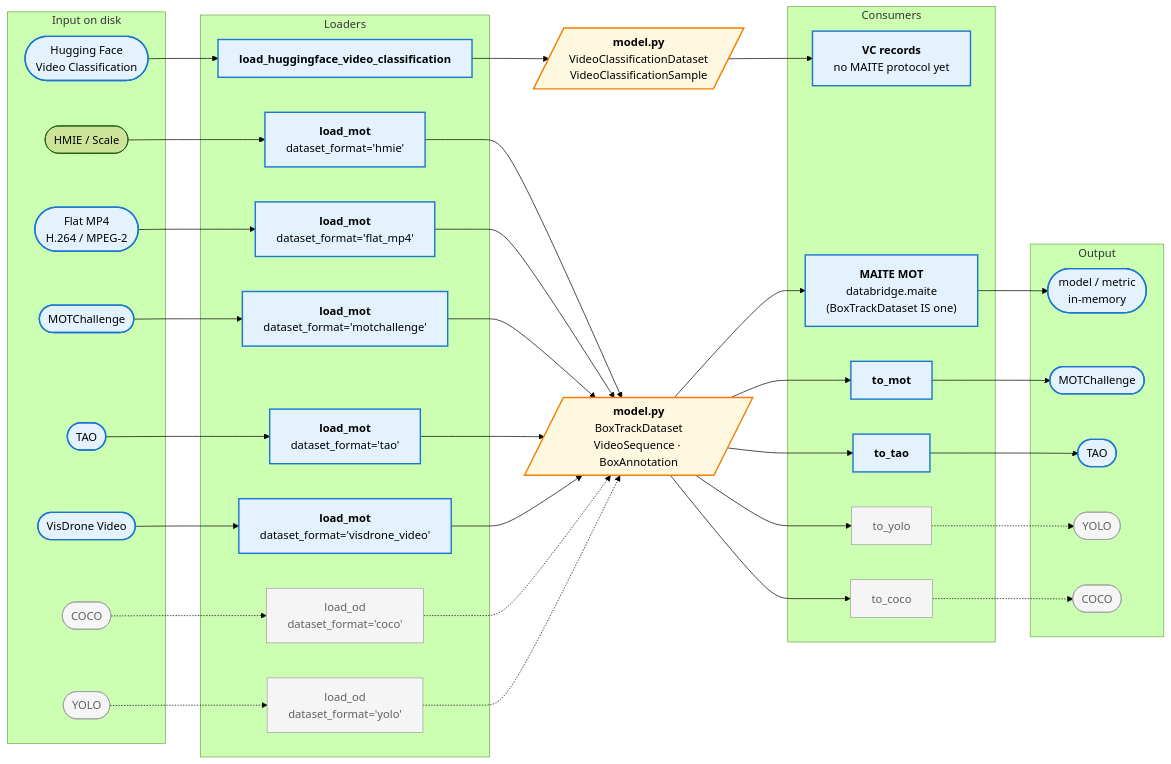
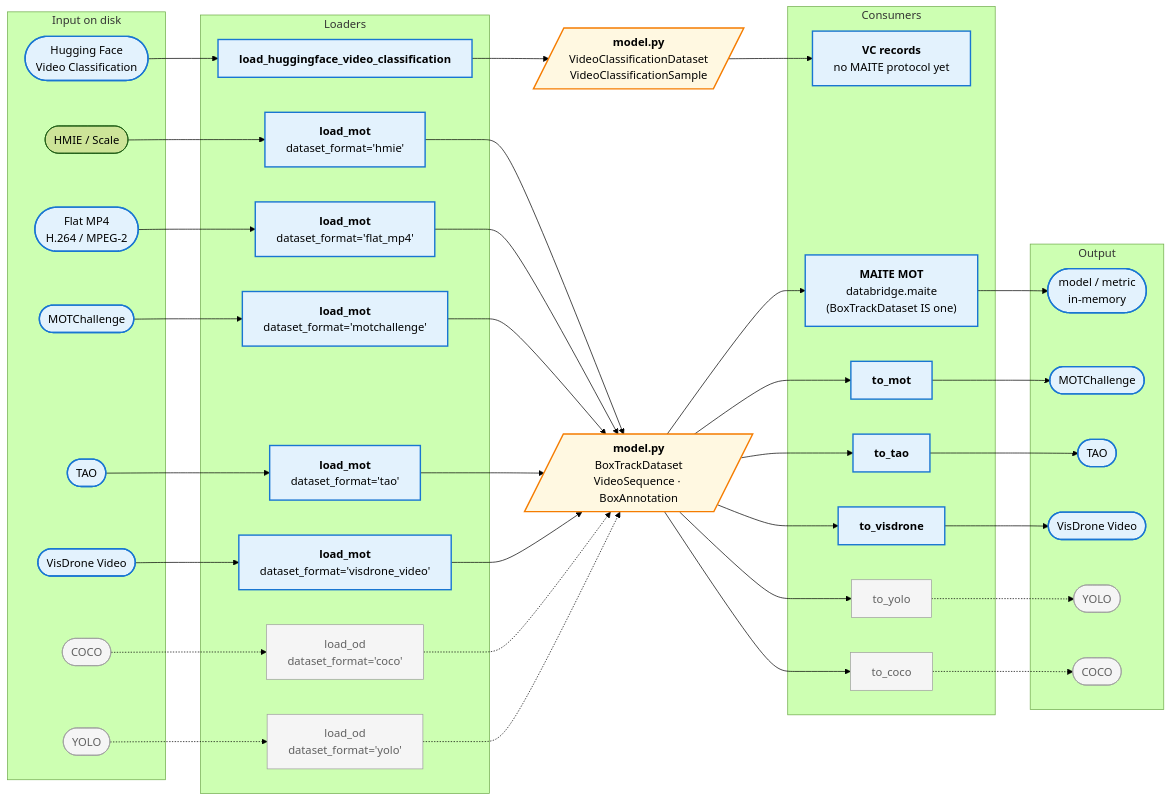
The first of 9 diagrams in docs/architecture.md (openteams-ai/datamaite), drawn with Mermaid (forest theme) before and after one commit. The commit also changed other lines of this file and 7 other files, not shown here.

Commit message:
Add VisDrone video dataset writer

````diff
--- a/docs/architecture.md
+++ b/docs/architecture.md
@@ -58,6 +58,7 @@
         MAITE["<b>MAITE MOT</b><br/>databridge.maite<br/>(BoxTrackDataset IS one)"]
         TM["<b>to_mot</b>"]
         TT["<b>to_tao</b>"]
+        TV["<b>to_visdrone</b>"]
         TY["to_yolo"]
         TC["to_coco"]
     end
@@ -66,6 +67,7 @@
         MAITEOUT([model / metric<br/>in-memory])
         MOTOUT([MOTChallenge])
         TAOOUT([TAO])
+        VISOUT([VisDrone Video])
         YOLOUT([YOLO])
         COCOUT([COCO])
     end
@@ -90,11 +92,13 @@
     HUB --> MAITE
     HUB --> TM
     HUB --> TT
+    HUB --> TV
     HUB --> TY
     HUB --> TC
     MAITE --> MAITEOUT
     TM --> MOTOUT
     TT --> TAOOUT
+    TV --> VISOUT
     TY -.-> YOLOUT
     TC -.-> COCOUT
 
@@ -102,7 +106,7 @@
     classDef impl fill:#e3f2fd,stroke:#1976d2,stroke-width:2px;
     classDef planned fill:#f5f5f5,stroke:#9e9e9e,color:#616161;
     class HUB,VCHUB hub;
-    class LH,LF,LHF,LM,LT,LV,TM,TT,MAITE,VCREC impl;
-    class MAITEOUT,MP4IN,HFIN,MOTIN,TAOIN,VISIN,MOTOUT,TAOOUT impl;
+    class LH,LF,LHF,LM,LT,LV,TM,TT,TV,MAITE,VCREC impl;
+    class MAITEOUT,MP4IN,HFIN,MOTIN,TAOIN,VISIN,MOTOUT,TAOOUT,VISOUT impl;
     class LC,LY,TY,TC,COCOIN,YOLOIN,YOLOUT,COCOUT planned;
 ```
````
